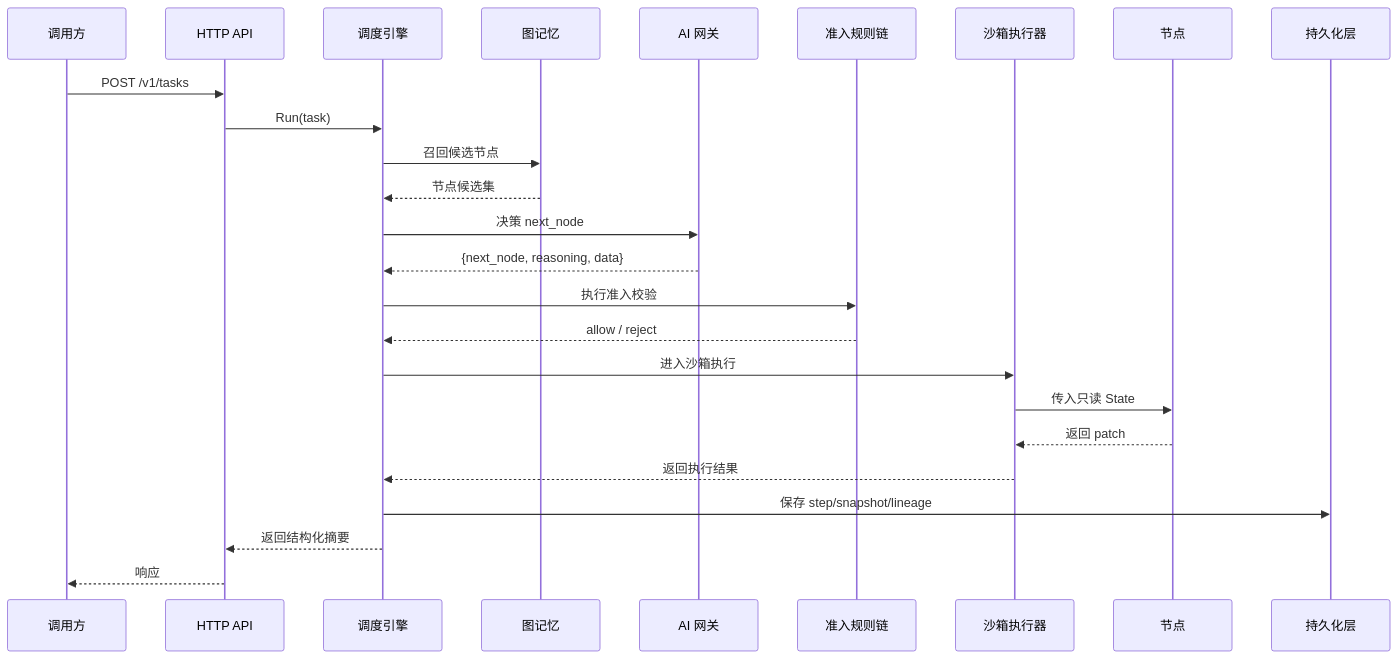
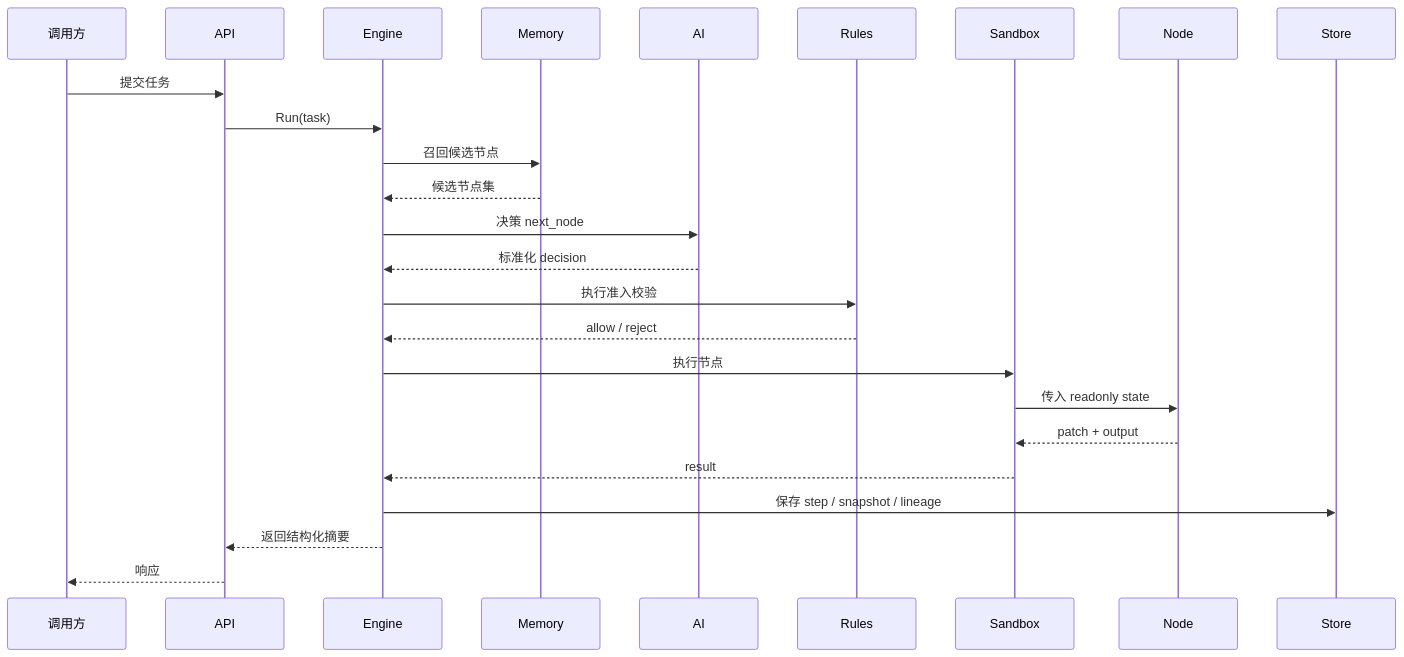
Before and after one commit to Yonsun-w/dynagent-go: the diagram in docs/README.zh-CN.md, drawn with Mermaid. The commit also changed other lines of this file and 8 other files, not shown here.

Commit message:
docs: modernize diagrams and set chinese as default readme

````diff
--- a/docs/README.zh-CN.md
+++ b/docs/README.zh-CN.md
@@ -134,28 +107,28 @@
 ```mermaid
 sequenceDiagram
     participant Client as 调用方
-    participant API as HTTP API
-    participant Engine as 调度引擎
-    participant Memory as 图记忆
-    participant AI as AI 网关
-    participant Rules as 准入规则链
-    participant Sandbox as 沙箱执行器
-    participant Node as 节点
-    participant Store as 持久化层
+    participant API as API
+    participant Engine as Engine
+    participant Memory as Memory
+    participant AI as AI
+    participant Rules as Rules
+    participant Sandbox as Sandbox
+    participant Node as Node
+    participant Store as Store
 
-    Client->>API: POST /v1/tasks
+    Client->>API: 提交任务
     API->>Engine: Run(task)
     Engine->>Memory: 召回候选节点
-    Memory-->>Engine: 节点候选集
+    Memory-->>Engine: 候选节点集
     Engine->>AI: 决策 next_node
-    AI-->>Engine: {next_node, reasoning, data}
+    AI-->>Engine: 标准化 decision
     Engine->>Rules: 执行准入校验
     Rules-->>Engine: allow / reject
-    Engine->>Sandbox: 进入沙箱执行
-    Sandbox->>Node: 传入只读 State
-    Node-->>Sandbox: 返回 patch
-    Sandbox-->>Engine: 返回执行结果
-    Engine->>Store: 保存 step/snapshot/lineage
+    Engine->>Sandbox: 执行节点
+    Sandbox->>Node: 传入 readonly state
+    Node-->>Sandbox: patch + output
+    Sandbox-->>Engine: result
+    Engine->>Store: 保存 step / snapshot / lineage
     Engine-->>API: 返回结构化摘要
     API-->>Client: 响应
 ```
````
